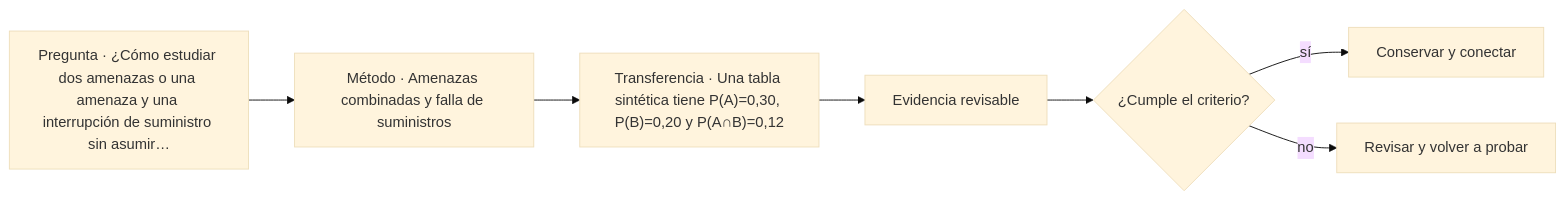
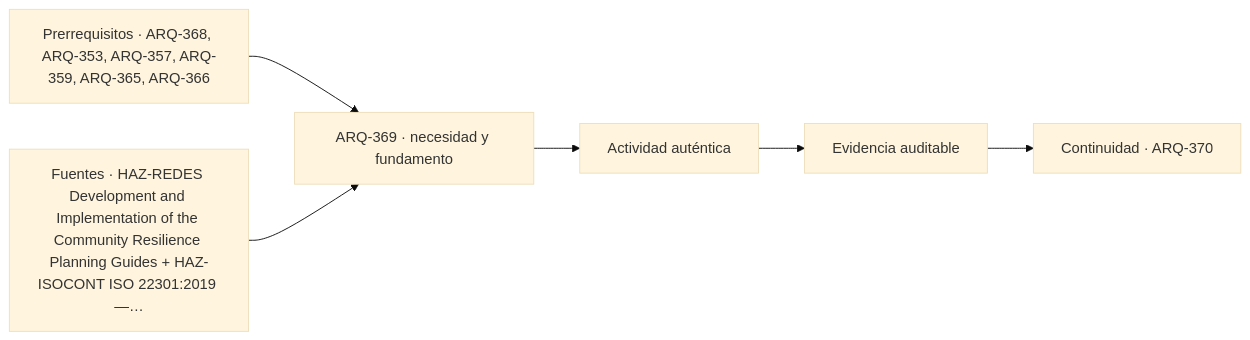
One commit to vladimiracunadev-create/architecture-built-environment-learning-program changed the diagram in classes/parte-37/ARQ-369.md. Above: the diagram before and after it, drawn with Mermaid (base theme). The commit also changed other lines of this file and 761 other files, not shown here.

````diff
--- a/classes/parte-37/ARQ-369.md
+++ b/classes/parte-37/ARQ-369.md
@@ -113,9 +125,8 @@
 ```mermaid
 flowchart LR
-    Q["Pregunta · ¿Cómo estudiar dos amenazas o una amenaza y una interrupción de suministro sin asumir…"] --> M["Método · Amenazas combinadas y falla de suministros"]
-    M --> P["Transferencia · Una tabla sintética tiene P(A)=0,30, P(B)=0,20 y P(A∩B)=0,12"]
-    P --> E["Evidencia revisable"]
-    E --> C{"¿Cumple el criterio?"}
-    C -->|sí| T["Conservar y conectar"]
-    C -->|no| R["Revisar y volver a probar"]
+    A["Prerrequisitos · ARQ-368, ARQ-353, ARQ-357, ARQ-359, ARQ-365, ARQ-366"] --> B["ARQ-369 · necesidad y fundamento"]
+    S["Fuentes · HAZ-REDES Development and Implementation of the Community Resilience Planning Guides + HAZ-ISOCONT ISO 22301:2019 —…"] --> B
+    B --> C["Actividad auténtica"]
+    C --> D["Evidencia auditable"]
+    D --> E["Continuidad · ARQ-370"]
 ```
````
